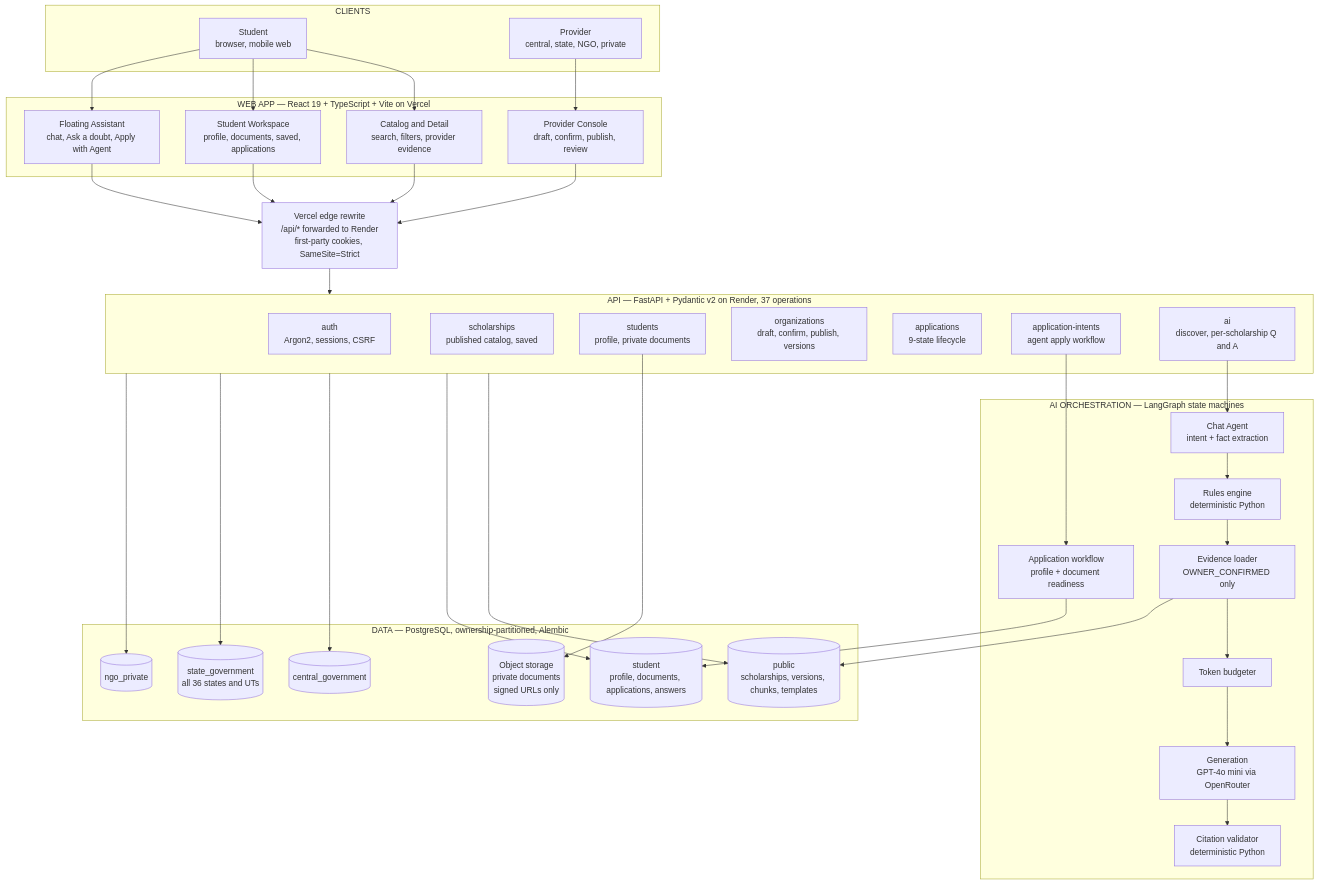
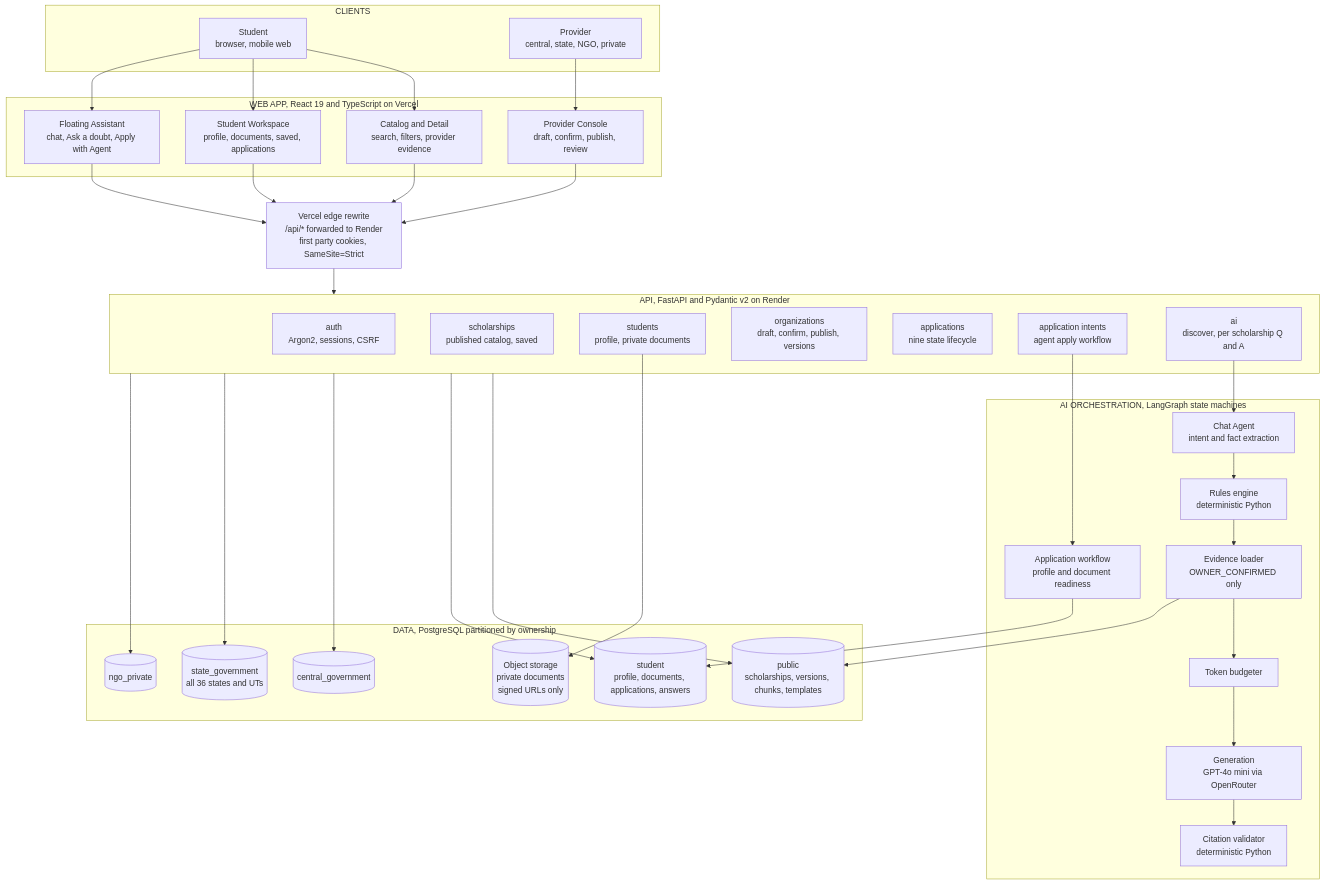
One commit to 23110572-hash/Scholarsaathi changed the third of 8 diagrams in README.md. Above: the diagram before and after it, drawn with Mermaid. The commit also changed other lines of this file, not shown here.

````diff
--- a/README.md
+++ b/README.md
@@ -207,69 +201,69 @@
 ```mermaid
 flowchart TB
     subgraph clients["CLIENTS"]
         S["Student<br/>browser, mobile web"]
         P["Provider<br/>central, state, NGO, private"]
     end
 
-    subgraph web["WEB APP — React 19 + TypeScript + Vite on Vercel"]
+    subgraph web["WEB APP, React 19 and TypeScript on Vercel"]
         CAT["Catalog and Detail<br/>search, filters, provider evidence"]
         WS["Student Workspace<br/>profile, documents, saved, applications"]
         AI_UI["Floating Assistant<br/>chat, Ask a doubt, Apply with Agent"]
         PC["Provider Console<br/>draft, confirm, publish, review"]
     end
 
-    EDGE["Vercel edge rewrite<br/>/api/* forwarded to Render<br/>first-party cookies, SameSite=Strict"]
+    EDGE["Vercel edge rewrite<br/>/api/* forwarded to Render<br/>first party cookies, SameSite=Strict"]
 
-    subgraph api["API — FastAPI + Pydantic v2 on Render, 37 operations"]
+    subgraph api["API, FastAPI and Pydantic v2 on Render"]
         AUTH["auth<br/>Argon2, sessions, CSRF"]
         SCH["scholarships<br/>published catalog, saved"]
         STU["students<br/>profile, private documents"]
         ORG["organizations<br/>draft, confirm, publish, versions"]
-        APP["applications<br/>9-state lifecycle"]
-        INT["application-intents<br/>agent apply workflow"]
-        AIR["ai<br/>discover, per-scholarship Q and A"]
+        APP["applications<br/>nine state lifecycle"]
+        INT["application intents<br/>agent apply workflow"]
+        AIR["ai<br/>discover, per scholarship Q and A"]
     end
 
-    subgraph ai["AI ORCHESTRATION — LangGraph state machines"]
-        CHATA["Chat Agent<br/>intent + fact extraction"]
+    subgraph ai["AI ORCHESTRATION, LangGraph state machines"]
+        CHATA["Chat Agent<br/>intent and fact extraction"]
         RULES["Rules engine<br/>deterministic Python"]
         EV["Evidence loader<br/>OWNER_CONFIRMED only"]
         BUD["Token budgeter"]
         GEN["Generation<br/>GPT-4o mini via OpenRouter"]
         VAL["Citation validator<br/>deterministic Python"]
-        WF["Application workflow<br/>profile + document readiness"]
+        WF["Application workflow<br/>profile and document readiness"]
     end
 
-    subgraph data["DATA — PostgreSQL, ownership-partitioned, Alembic"]
+    subgraph data["DATA, PostgreSQL partitioned by ownership"]
         PUB[("public<br/>scholarships, versions, chunks, templates")]
         STD[("student<br/>profile, documents, applications, answers")]
         CG[("central_government")]
         SG[("state_government<br/>all 36 states and UTs")]
         NP[("ngo_private")]
         OBJ[("Object storage<br/>private documents<br/>signed URLs only")]
     end
 
     S --> CAT
     S --> WS
     S --> AI_UI
     P --> PC
     CAT --> EDGE
     WS --> EDGE
     AI_UI --> EDGE
     PC --> EDGE
     EDGE --> api
 
     AIR --> CHATA
     CHATA --> RULES
     RULES --> EV --> BUD --> GEN --> VAL
     INT --> WF
     WF --> STD
 
     EV --> PUB
     api --> PUB
     api --> STD
     api --> CG
     api --> SG
     api --> NP
     STU --> OBJ
 ```
````
